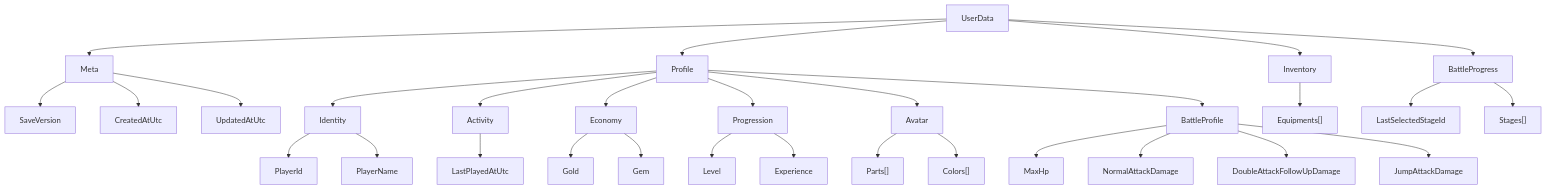
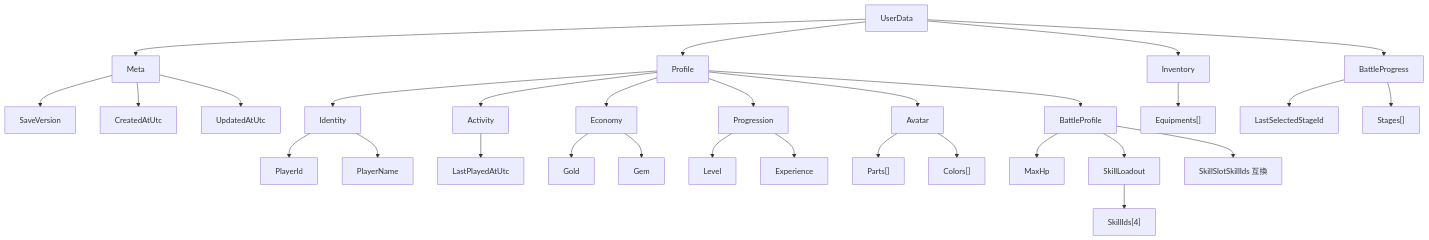
One commit to cosugi89/Original changed the diagram in docs/specs/ユーザーデータ構造.md. Above: the diagram before and after it, drawn with Mermaid. The commit also changed other lines of this file and 5 other files, not shown here.

````diff
--- a/docs/specs/ユーザーデータ構造.md
+++ b/docs/specs/ユーザーデータ構造.md
@@ -7,48 +7,49 @@
 ```mermaid
 flowchart TD
     UserData["UserData"]
     Meta["Meta"]
     Profile["Profile"]
     Inventory["Inventory"]
     BattleProgress["BattleProgress"]
 
     UserData --> Meta
     UserData --> Profile
     UserData --> Inventory
     UserData --> BattleProgress
 
     Meta --> SaveVersion["SaveVersion"]
     Meta --> CreatedAtUtc["CreatedAtUtc"]
     Meta --> UpdatedAtUtc["UpdatedAtUtc"]
 
     Profile --> Identity["Identity"]
     Profile --> Activity["Activity"]
     Profile --> Economy["Economy"]
     Profile --> Progression["Progression"]
     Profile --> Avatar["Avatar"]
     Profile --> BattleProfile["BattleProfile"]
 
     Identity --> PlayerId["PlayerId"]
     Identity --> PlayerName["PlayerName"]
 
     Activity --> LastPlayedAtUtc["LastPlayedAtUtc"]
 
     Economy --> Gold["Gold"]
     Economy --> Gem["Gem"]
 
     Progression --> Level["Level"]
     Progression --> Experience["Experience"]
 
     Avatar --> Parts["Parts[]"]
     Avatar --> Colors["Colors[]"]
 
     BattleProfile --> MaxHp["MaxHp"]
-    BattleProfile --> NormalAttackDamage["NormalAttackDamage"]
-    BattleProfile --> DoubleAttackFollowUpDamage["DoubleAttackFollowUpDamage"]
-    BattleProfile --> JumpAttackDamage["JumpAttackDamage"]
+    BattleProfile --> SkillLoadout["SkillLoadout"]
+    BattleProfile --> SkillSlotSkillIds["SkillSlotSkillIds 互換"]
+
+    SkillLoadout --> SkillIds["SkillIds[4]"]
 
     Inventory --> Equipments["Equipments[]"]
 
     BattleProgress --> LastSelectedStageId["LastSelectedStageId"]
     BattleProgress --> Stages["Stages[]"]
 ```
````
